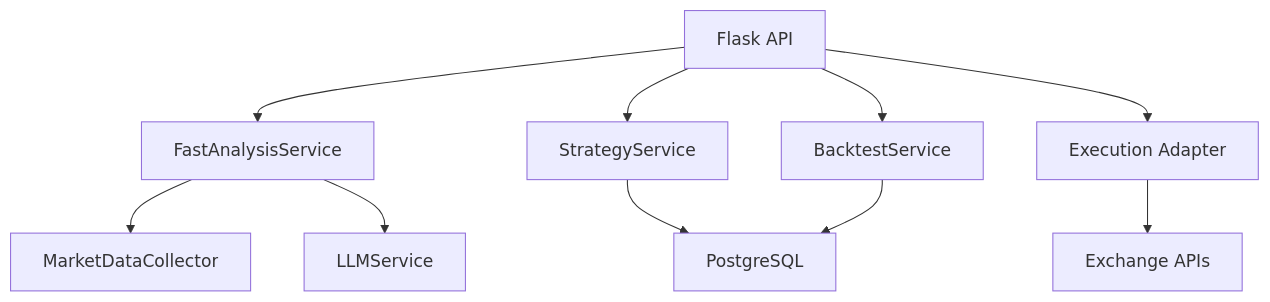
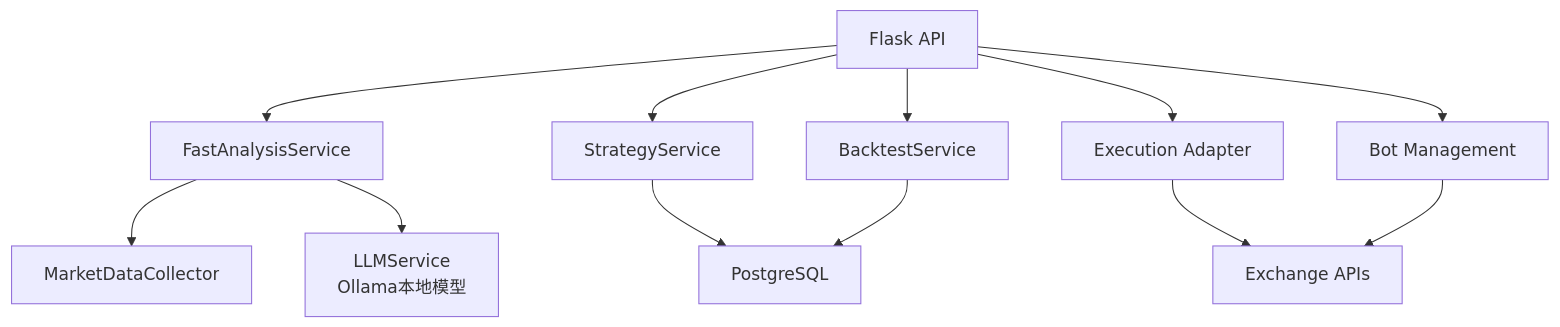
The eighth of 8 diagrams in .qoder/repowiki/zh/content/项目概述/产品介绍.md (joezxh/QuantDinger), drawn with Mermaid before and after one commit. The commit also changed other lines of this file and 39 other files, not shown here.

````diff
--- a/.qoder/repowiki/zh/content/项目概述/产品介绍.md
+++ b/.qoder/repowiki/zh/content/项目概述/产品介绍.md
@@ -301,12 +336,14 @@
 ```mermaid
 graph TB
 FA["FastAnalysisService"] --> DC["MarketDataCollector"]
-FA --> LLM["LLMService"]
+FA --> LLM["LLMService<br/>Ollama本地模型"]
 STRAT["StrategyService"] --> DB["PostgreSQL"]
 BT["BacktestService"] --> DB
 EXEC["Execution Adapter"] --> EX["Exchange APIs"]
+BOT["Bot Management"] --> EX
 API["Flask API"] --> FA
 API --> STRAT
 API --> BT
 API --> EXEC
+API --> BOT
 ```
````
